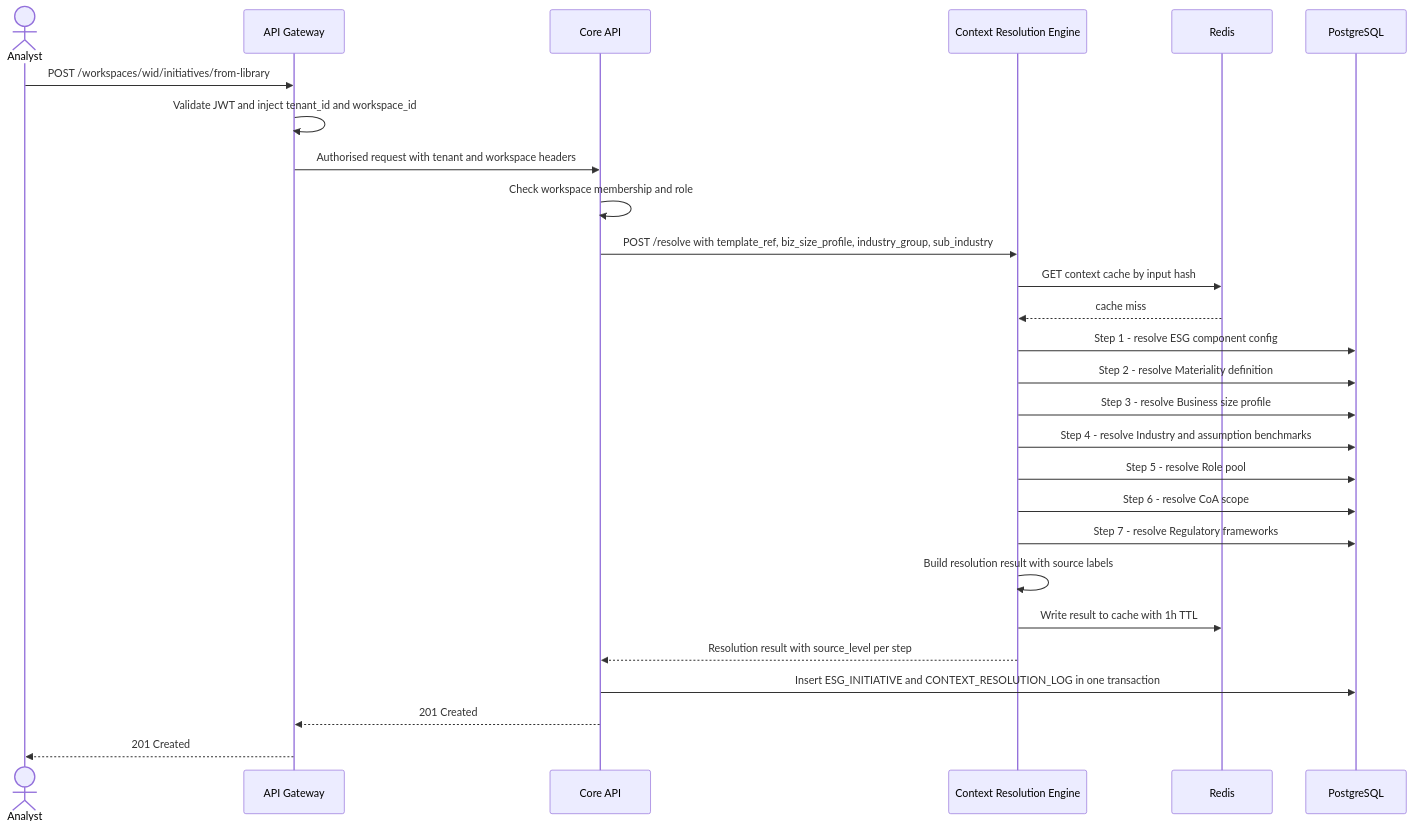
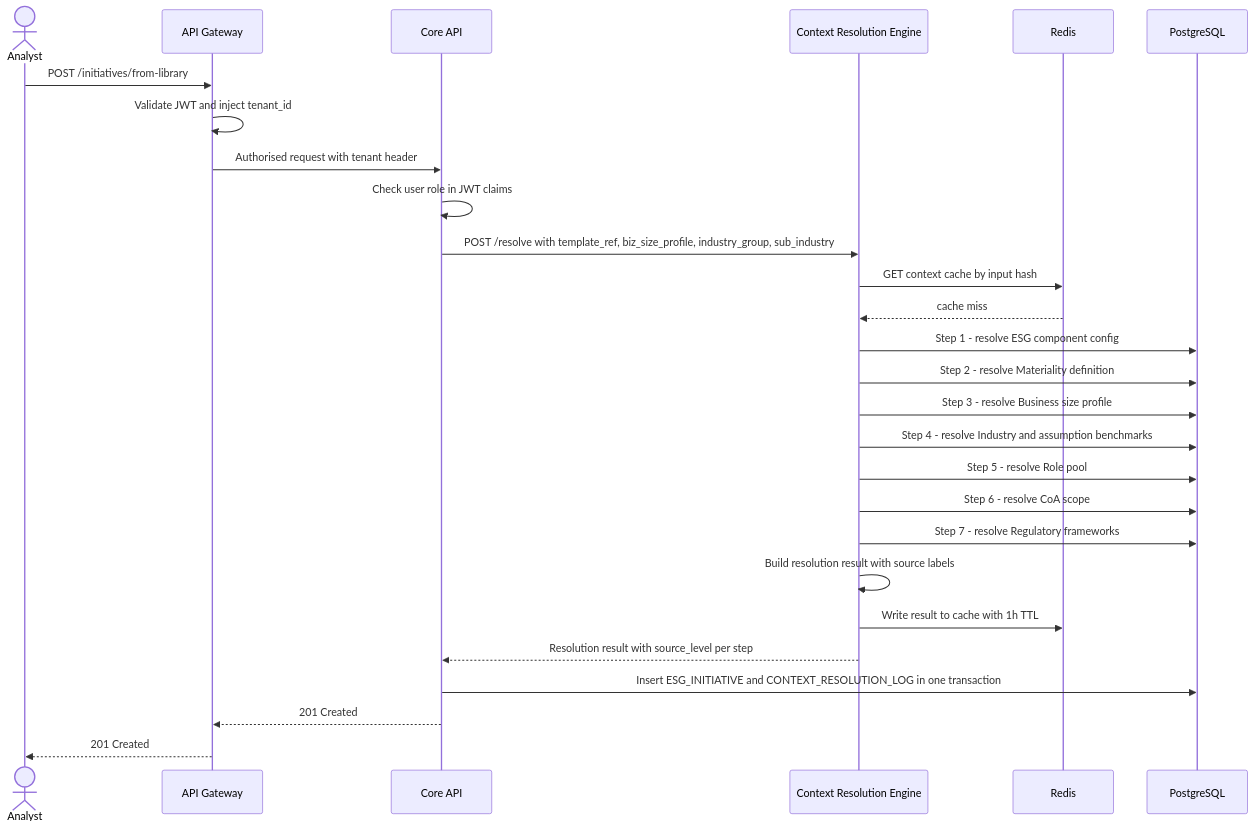
One commit to Anubhav-Singh13/Monk_Intelligence changed the third of 9 diagrams in book_summary/ESG_Architecture.md. Above: the diagram before and after it, drawn with Mermaid. The commit also changed other lines of this file and 2 other files, not shown here.

Commit message:
workspace simplification

````diff
--- a/book_summary/ESG_Architecture.md
+++ b/book_summary/ESG_Architecture.md
@@ -208,30 +207,30 @@
 ```mermaid
 sequenceDiagram
     actor Analyst
     participant GW as API Gateway
     participant API as Core API
     participant CTX as Context Resolution Engine
     participant Redis
     participant DB as PostgreSQL
 
-    Analyst->>GW: POST /workspaces/wid/initiatives/from-library
-    GW->>GW: Validate JWT and inject tenant_id and workspace_id
-    GW->>API: Authorised request with tenant and workspace headers
-    API->>API: Check workspace membership and role
+    Analyst->>GW: POST /initiatives/from-library
+    GW->>GW: Validate JWT and inject tenant_id
+    GW->>API: Authorised request with tenant header
+    API->>API: Check user role in JWT claims
     API->>CTX: POST /resolve with template_ref, biz_size_profile, industry_group, sub_industry
     CTX->>Redis: GET context cache by input hash
     Redis-->>CTX: cache miss
     CTX->>DB: Step 1 - resolve ESG component config
     CTX->>DB: Step 2 - resolve Materiality definition
     CTX->>DB: Step 3 - resolve Business size profile
     CTX->>DB: Step 4 - resolve Industry and assumption benchmarks
     CTX->>DB: Step 5 - resolve Role pool
     CTX->>DB: Step 6 - resolve CoA scope
     CTX->>DB: Step 7 - resolve Regulatory frameworks
     CTX->>CTX: Build resolution result with source labels
     CTX->>Redis: Write result to cache with 1h TTL
     CTX-->>API: Resolution result with source_level per step
     API->>DB: Insert ESG_INITIATIVE and CONTEXT_RESOLUTION_LOG in one transaction
     API-->>GW: 201 Created
     GW-->>Analyst: 201 Created
 ```
````
